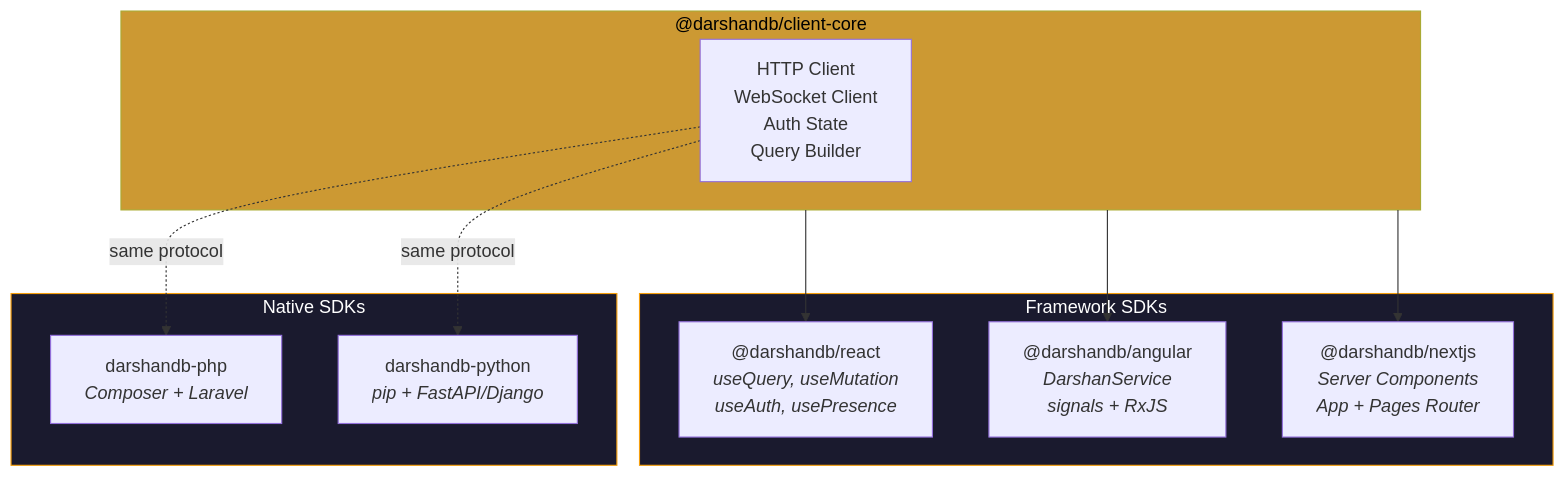
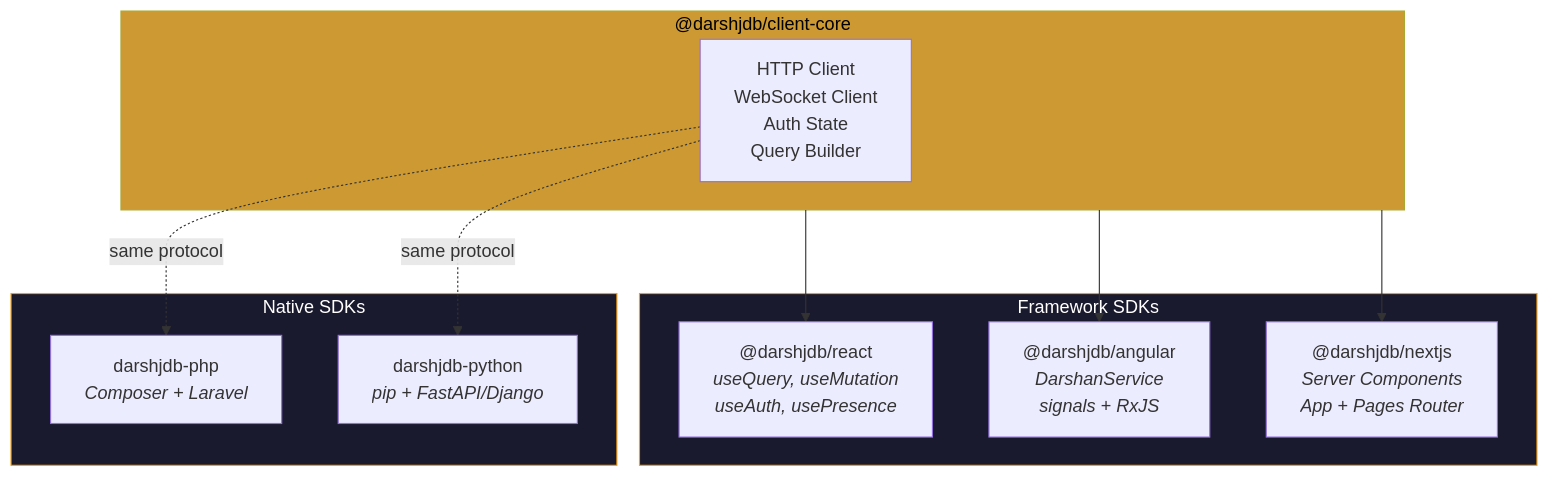
Before and after one commit to darshjme/darshjdb: diagram 11 of 11 in README.md, drawn with Mermaid. The commit also changed other lines of this file and 107 other files, not shown here.

````diff
--- a/README.md
+++ b/README.md
@@ -460,27 +460,27 @@
 ```mermaid
 graph TB
-    subgraph core["@darshandb/client-core"]
+    subgraph core["@darshjdb/client-core"]
         CC["HTTP Client\nWebSocket Client\nAuth State\nQuery Builder"]
     end
 
     subgraph frameworks["Framework SDKs"]
-        R["@darshandb/react\n<i>useQuery, useMutation\nuseAuth, usePresence</i>"]
-        A["@darshandb/angular\n<i>DarshanService\nsignals + RxJS</i>"]
-        N["@darshandb/nextjs\n<i>Server Components\nApp + Pages Router</i>"]
+        R["@darshjdb/react\n<i>useQuery, useMutation\nuseAuth, usePresence</i>"]
+        A["@darshjdb/angular\n<i>DarshanService\nsignals + RxJS</i>"]
+        N["@darshjdb/nextjs\n<i>Server Components\nApp + Pages Router</i>"]
     end
 
     subgraph native["Native SDKs"]
-        PH["darshandb-php\n<i>Composer + Laravel</i>"]
-        PY["darshandb-python\n<i>pip + FastAPI/Django</i>"]
+        PH["darshjdb-php\n<i>Composer + Laravel</i>"]
+        PY["darshjdb-python\n<i>pip + FastAPI/Django</i>"]
     end
 
     core --> R
     core --> A
     core --> N
     CC -.->|same protocol| PH
     CC -.->|same protocol| PY
 
     style core fill:#cc9933,color:#000
     style frameworks fill:#1a1a2e,stroke:#F59E0B,color:#fff
     style native fill:#1a1a2e,stroke:#F59E0B,color:#fff
 ```
````
